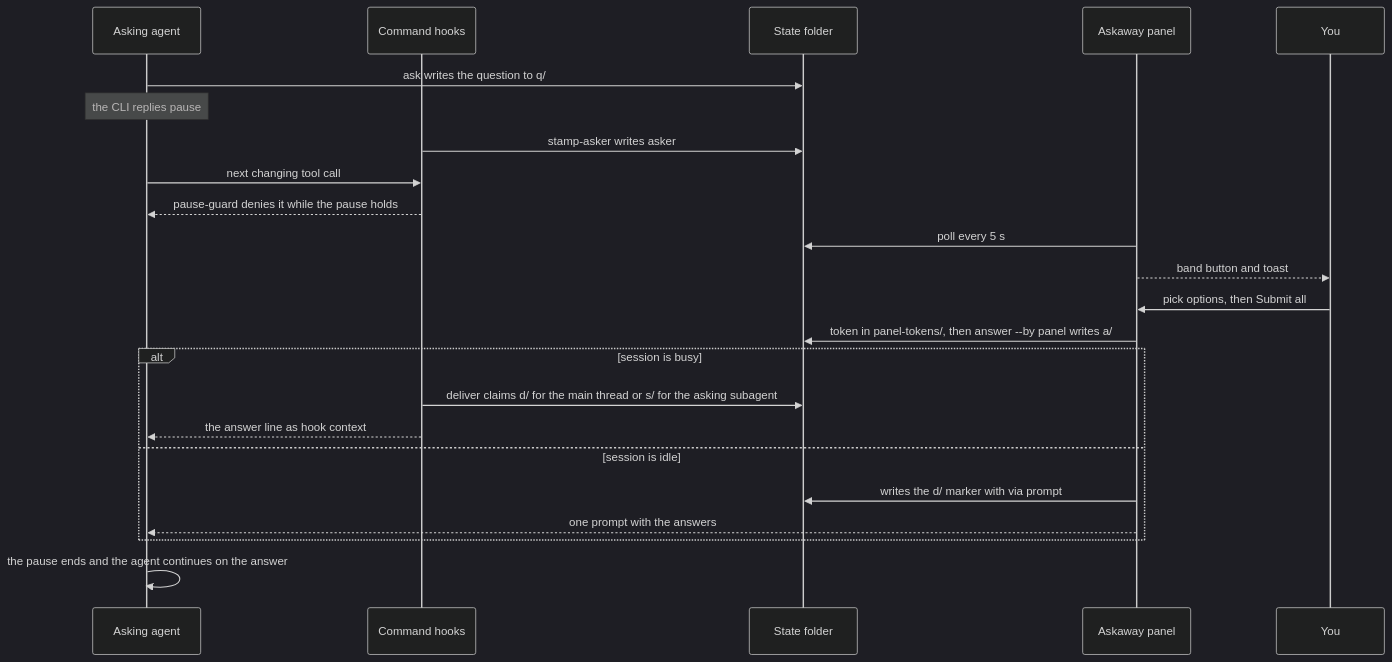
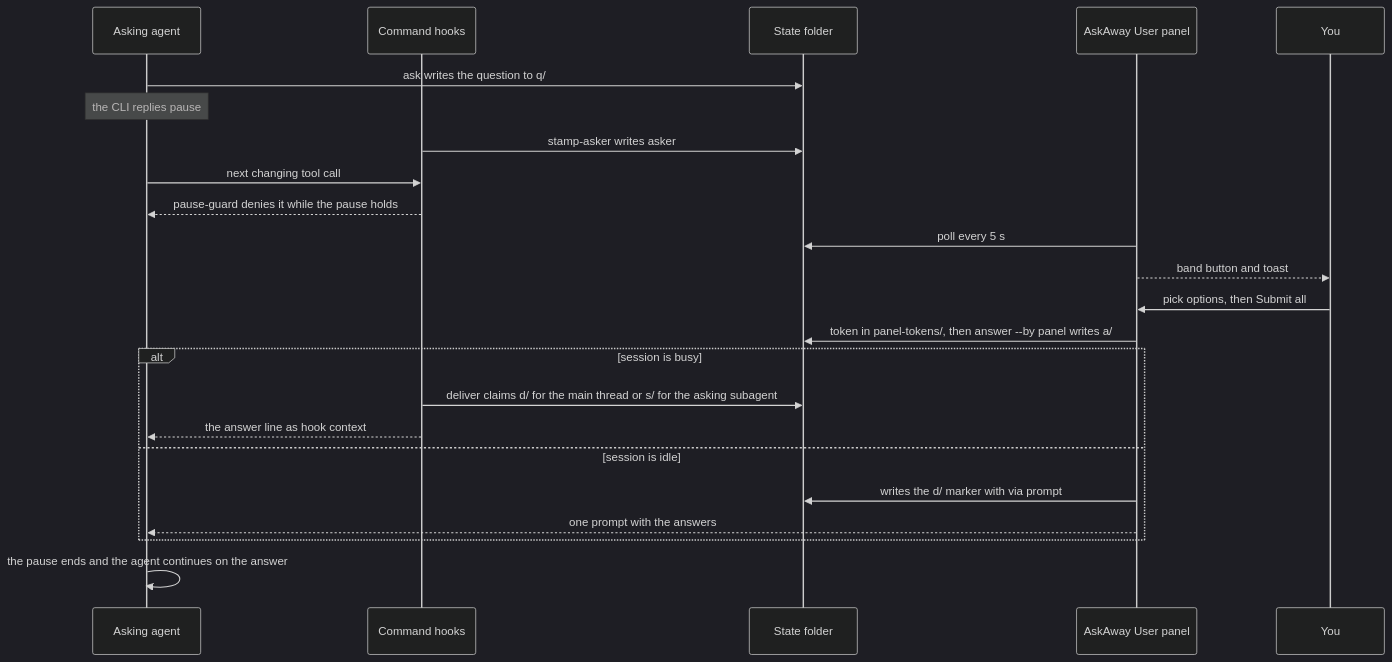
The second of 2 diagrams in README.md (KeepGlide/askaway), drawn with Mermaid (dark theme) before and after one commit. The commit also changed other lines of this file and 28 other files, not shown here.

````diff
--- a/README.md
+++ b/README.md
@@ -151,25 +151,25 @@
 ```mermaid
 sequenceDiagram
     participant Agent as Asking agent
     participant Hooks as Command hooks
     participant Folder as State folder
-    participant Panel as Askaway panel
+    participant Panel as AskAway User panel
     participant You as You
     Agent->>Folder: ask writes the question to q/
     Note over Agent: the CLI replies pause
     Hooks->>Folder: stamp-asker writes asker
     Agent->>Hooks: next changing tool call
     Hooks-->>Agent: pause-guard denies it while the pause holds
     Panel->>Folder: poll every 5 s
     Panel-->>You: band button and toast
     You->>Panel: pick options, then Submit all
     Panel->>Folder: token in panel-tokens/, then answer --by panel writes a/
     alt session is busy
         Hooks->>Folder: deliver claims d/ for the main thread or s/ for the asking subagent
         Hooks-->>Agent: the answer line as hook context
     else session is idle
         Panel->>Folder: writes the d/ marker with via prompt
         Panel-->>Agent: one prompt with the answers
     end
     Agent->>Agent: the pause ends and the agent continues on the answer
 ```
````
